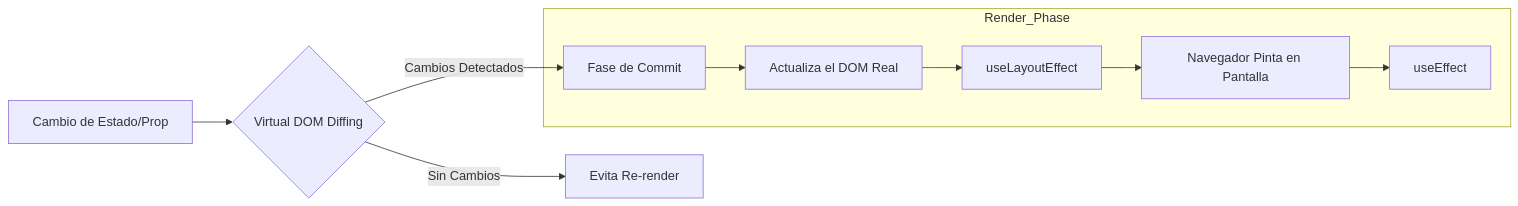
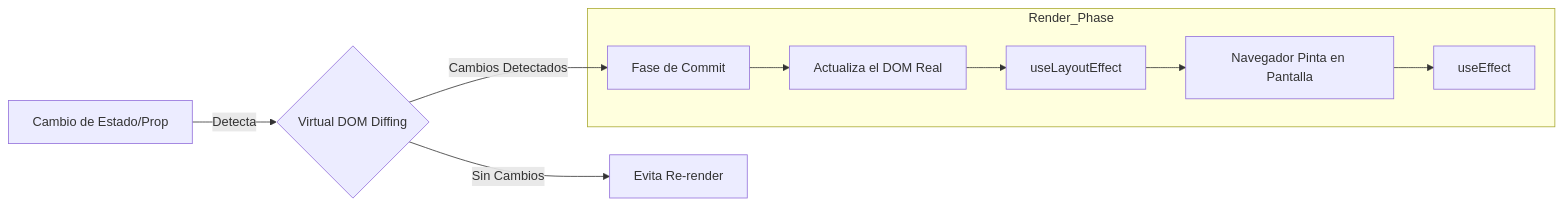
Before and after one commit to Slinkter/myprojectapi12: the sixth of 7 diagrams in src/docs/architecture/DIAGRAMS.md, drawn with Mermaid. The commit also changed other lines of this file and 60 other files, not shown here.

````diff
--- a/src/docs/architecture/DIAGRAMS.md
+++ b/src/docs/architecture/DIAGRAMS.md
@@ -188,13 +188,13 @@
 ```mermaid
-flowchart LR
-    State[Cambio de Estado/Prop] --> Reconciliation{Virtual DOM Diffing}
-    Reconciliation --> |Sin Cambios| NoRender[Evita Re-render]
-    Reconciliation --> |Cambios Detectados| Commit[Fase de Commit]
+graph LR
+    State[Cambio de Estado/Prop] -->|Detecta| Reconciliation{Virtual DOM Diffing}
+    Reconciliation -->|Sin Cambios| NoRender[Evita Re-render]
+    Reconciliation -->|Cambios Detectados| Commit[Fase de Commit]
     
     subgraph Render_Phase
         Commit --> UpdateDOM[Actualiza el DOM Real]
         UpdateDOM --> LayoutEffect[useLayoutEffect]
         LayoutEffect --> Paint[Navegador Pinta en Pantalla]
         Paint --> Effect[useEffect]
     end
 ```
````
